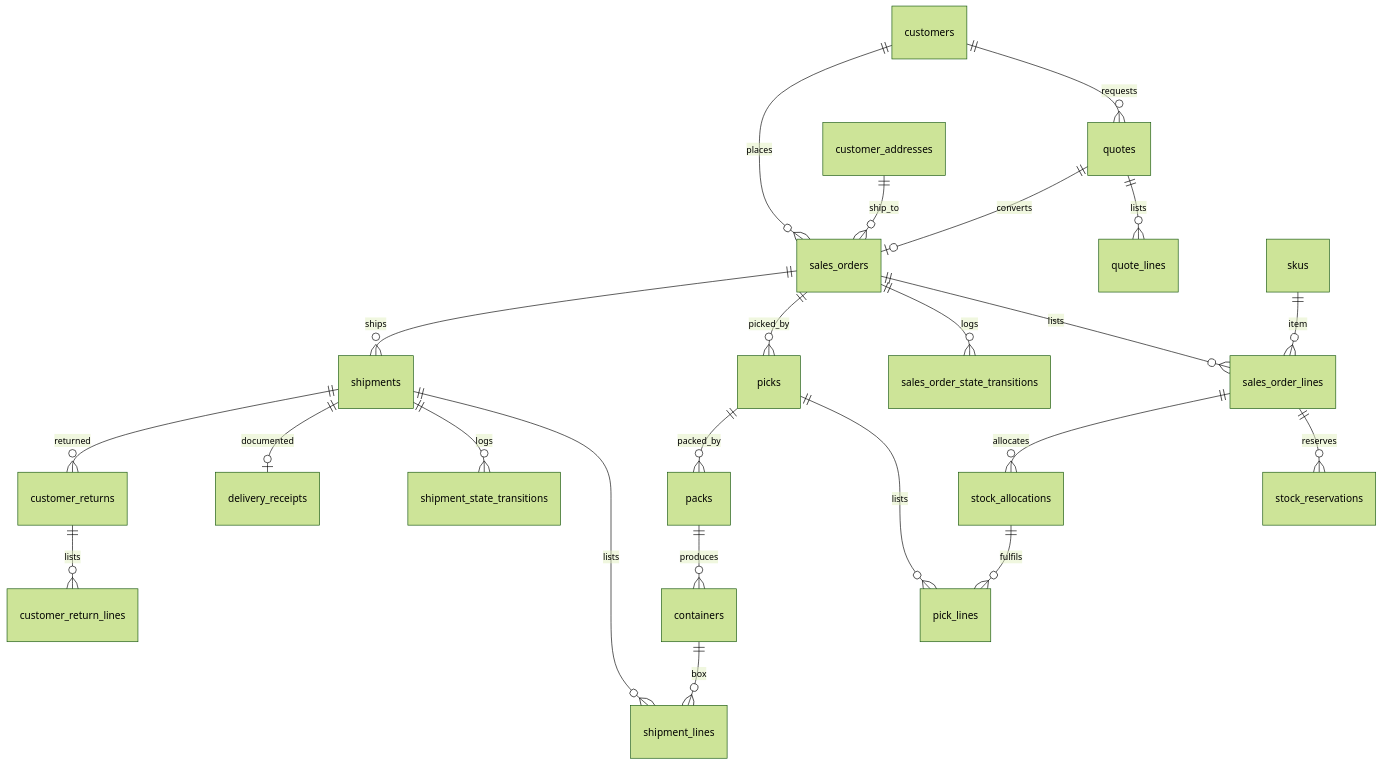
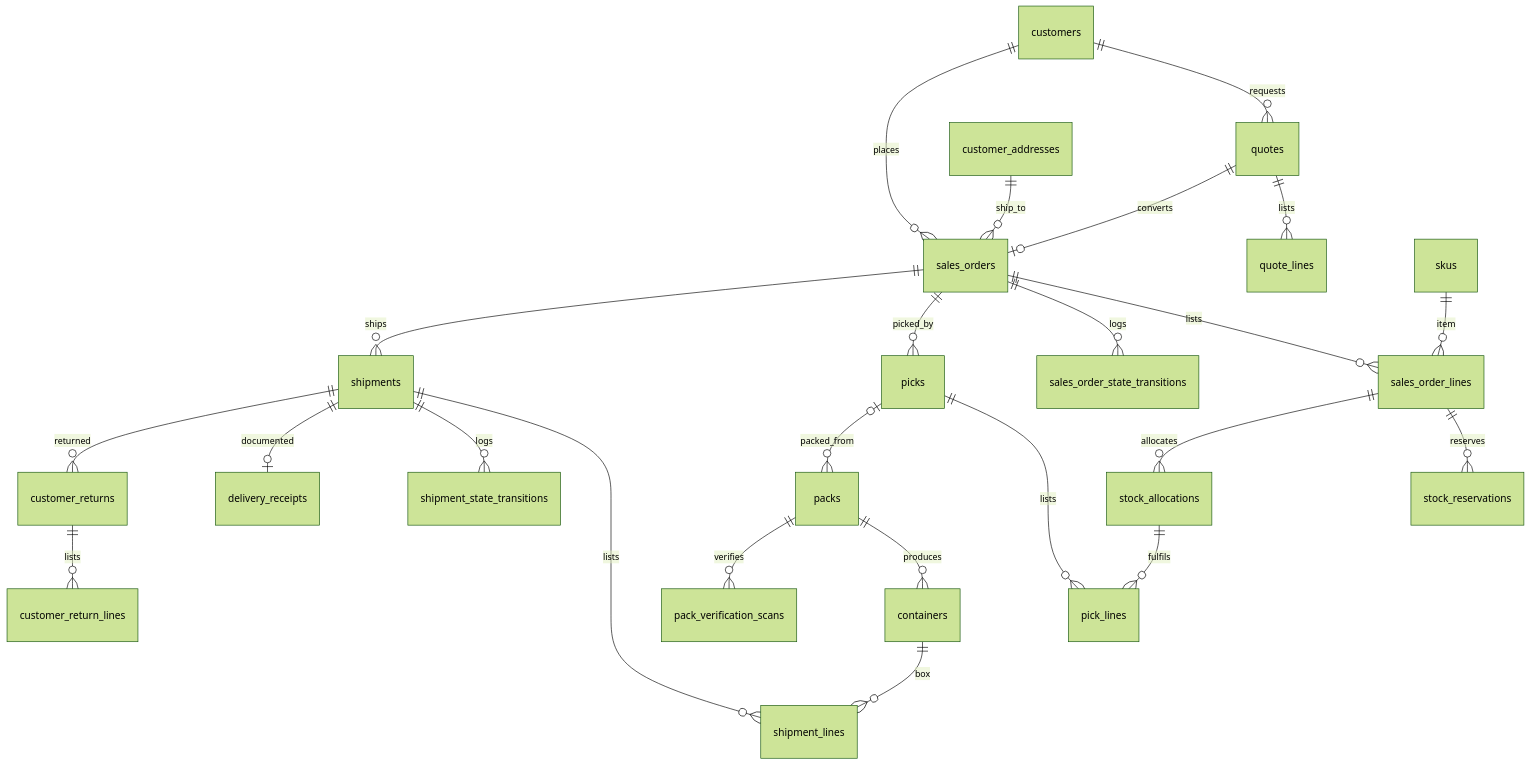
The seventh of 11 diagrams in docs/data-model.md (jaygglypuff/bryels-care), drawn with Mermaid (forest theme) before and after one commit. The commit also changed other lines of this file, not shown here.

````diff
--- a/docs/data-model.md
+++ b/docs/data-model.md
@@ -332,25 +350,26 @@
 ```mermaid
 erDiagram
   customers ||--o{ quotes : requests
   quotes ||--o{ quote_lines : lists
   quotes ||--o| sales_orders : converts
   customers ||--o{ sales_orders : places
   customer_addresses ||--o{ sales_orders : ship_to
   sales_orders ||--o{ sales_order_lines : lists
   sales_orders ||--o{ sales_order_state_transitions : logs
   skus ||--o{ sales_order_lines : item
   sales_order_lines ||--o{ stock_reservations : reserves
   sales_order_lines ||--o{ stock_allocations : allocates
   sales_orders ||--o{ picks : picked_by
   picks ||--o{ pick_lines : lists
   stock_allocations ||--o{ pick_lines : fulfils
-  picks ||--o{ packs : packed_by
+  picks |o--o{ packs : packed_from
   packs ||--o{ containers : produces
+  packs ||--o{ pack_verification_scans : verifies
   sales_orders ||--o{ shipments : ships
   shipments ||--o{ shipment_lines : lists
   containers ||--o{ shipment_lines : box
   shipments ||--o{ shipment_state_transitions : logs
   shipments ||--o| delivery_receipts : documented
   shipments ||--o{ customer_returns : returned
   customer_returns ||--o{ customer_return_lines : lists
 ```
````
